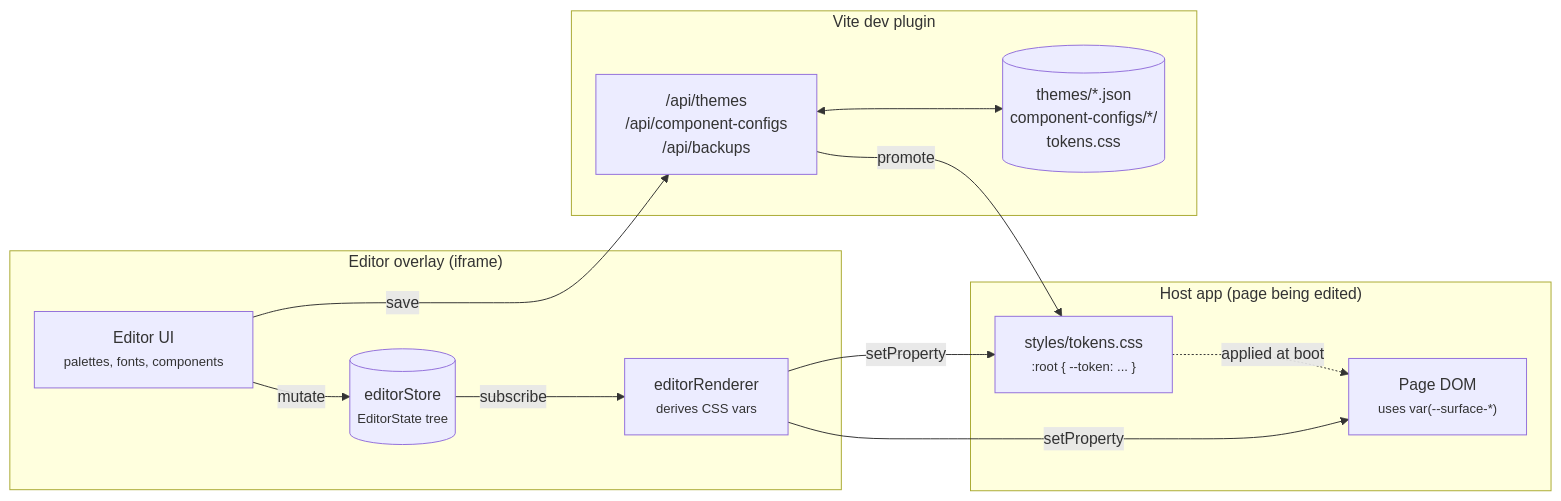
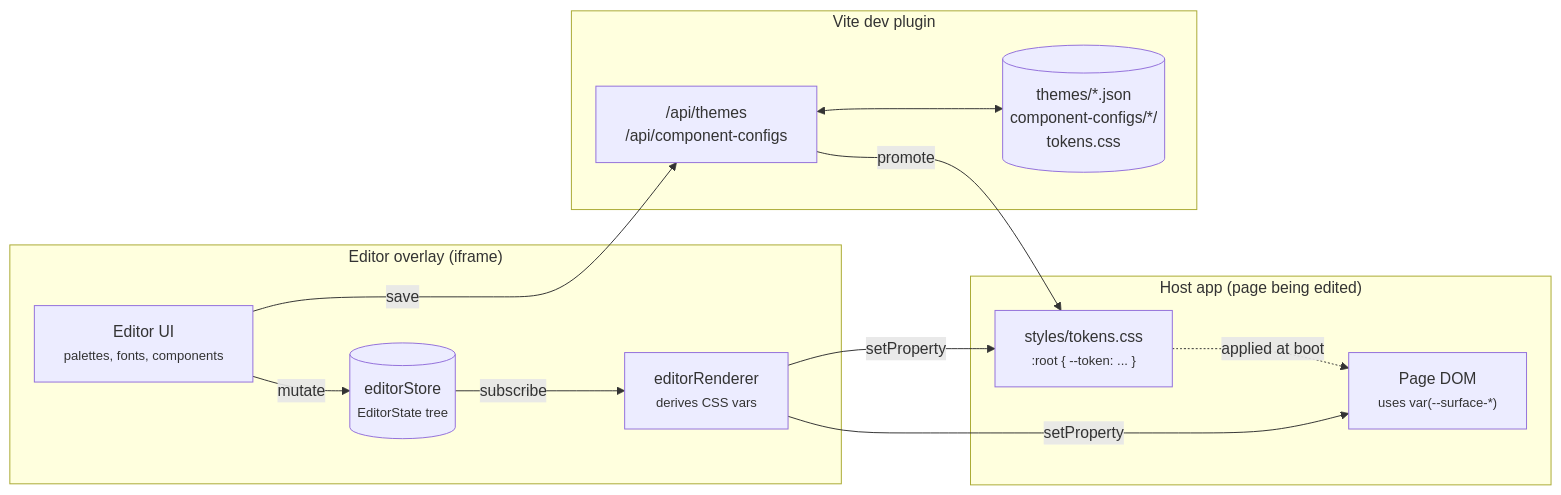
The diagram in docs/01-overview.md (motionproto/live-tokens), drawn with Mermaid before and after one commit. The commit also changed other lines of this file and 65 other files, not shown here.

````diff
--- a/docs/01-overview.md
+++ b/docs/01-overview.md
@@ -59,28 +59,28 @@
 ```mermaid
 flowchart LR
     subgraph App["Host app (page being edited)"]
         Page["Page DOM<br/><small>uses var(--surface-*)</small>"]
         Tokens["styles/tokens.css<br/><small>:root { --token: ... }</small>"]
     end
 
     subgraph Editor["Editor overlay (iframe)"]
         EditorUI["Editor UI<br/><small>palettes, fonts, components</small>"]
         Store[("editorStore<br/><small>EditorState tree</small>")]
         Renderer["editorRenderer<br/><small>derives CSS vars</small>"]
     end
 
     subgraph Server["Vite dev plugin"]
-        API["/api/themes<br/>/api/component-configs<br/>/api/backups"]
+        API["/api/themes<br/>/api/component-configs"]
         FS[("themes/*.json<br/>component-configs/*/<br/>tokens.css")]
     end
 
     Tokens -.applied at boot.-> Page
     EditorUI -- mutate --> Store
     Store -- subscribe --> Renderer
     Renderer -- setProperty --> Page
     Renderer -- setProperty --> Tokens
 
     EditorUI -- save --> API
     API <--> FS
     API -- promote --> Tokens
 ```
````
